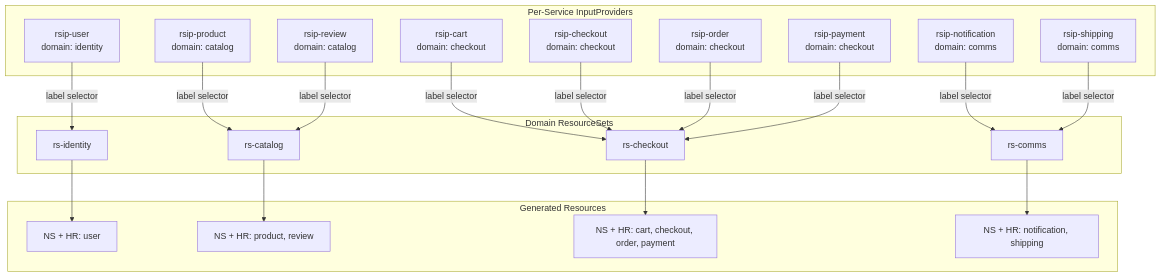
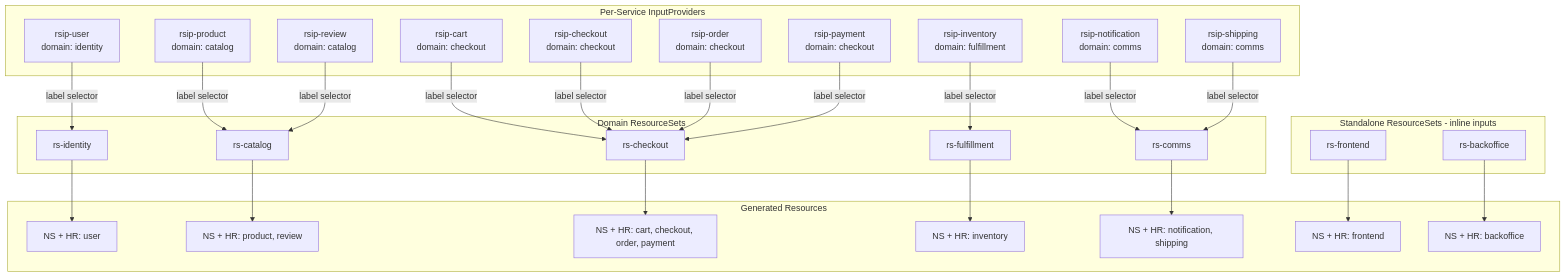
One commit to duynhlab/homelab changed the diagram in docs/platform/application-delivery.md. Above: the diagram before and after it, drawn with Mermaid. The commit also changed other lines of this file and 11 other files, not shown here.

````diff
--- a/docs/platform/application-delivery.md
+++ b/docs/platform/application-delivery.md
@@ -19,43 +19,57 @@
 ```mermaid
 flowchart TD
     subgraph services [Per-Service InputProviders]
         userIP["rsip-user<br/>domain: identity"]
         productIP["rsip-product<br/>domain: catalog"]
         reviewIP["rsip-review<br/>domain: catalog"]
         checkoutIP["rsip-checkout<br/>domain: checkout"]
         cartIP["rsip-cart<br/>domain: checkout"]
         orderIP["rsip-order<br/>domain: checkout"]
         paymentIP["rsip-payment<br/>domain: checkout"]
+        inventoryIP["rsip-inventory<br/>domain: fulfillment"]
         notifIP["rsip-notification<br/>domain: comms"]
         shipIP["rsip-shipping<br/>domain: comms"]
     end
 
     subgraph domains [Domain ResourceSets]
         rsIdentity["rs-identity"]
         rsCatalog["rs-catalog"]
         rsCheckout["rs-checkout"]
+        rsFulfillment["rs-fulfillment"]
         rsComms["rs-comms"]
+    end
+
+    subgraph standalone [Standalone ResourceSets - inline inputs]
+        rsFrontend["rs-frontend"]
+        rsBackoffice["rs-backoffice"]
     end
 
     subgraph output [Generated Resources]
         hrIdentity["NS + HR: user"]
         hrCatalog["NS + HR: product, review"]
         hrCheckout["NS + HR: cart, checkout, order, payment"]
+        hrFulfillment["NS + HR: inventory"]
         hrComms["NS + HR: notification, shipping"]
+        hrFrontend["NS + HR: frontend"]
+        hrBackoffice["NS + HR: backoffice"]
     end
 
     userIP -->|"label selector"| rsIdentity
     productIP -->|"label selector"| rsCatalog
     reviewIP -->|"label selector"| rsCatalog
     cartIP -->|"label selector"| rsCheckout
     checkoutIP -->|"label selector"| rsCheckout
     orderIP -->|"label selector"| rsCheckout
     paymentIP -->|"label selector"| rsCheckout
+    inventoryIP -->|"label selector"| rsFulfillment
     notifIP -->|"label selector"| rsComms
     shipIP -->|"label selector"| rsComms
 
     rsIdentity --> hrIdentity
     rsCatalog --> hrCatalog
     rsCheckout --> hrCheckout
+    rsFulfillment --> hrFulfillment
     rsComms --> hrComms
+    rsFrontend --> hrFrontend
+    rsBackoffice --> hrBackoffice
 ```
````
